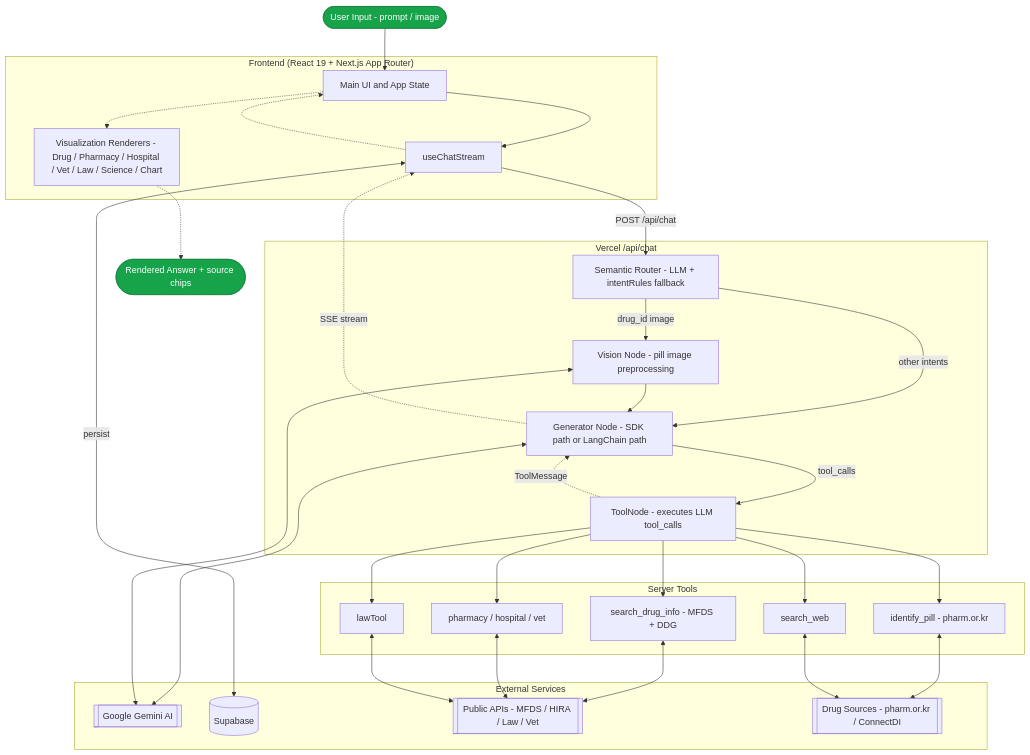
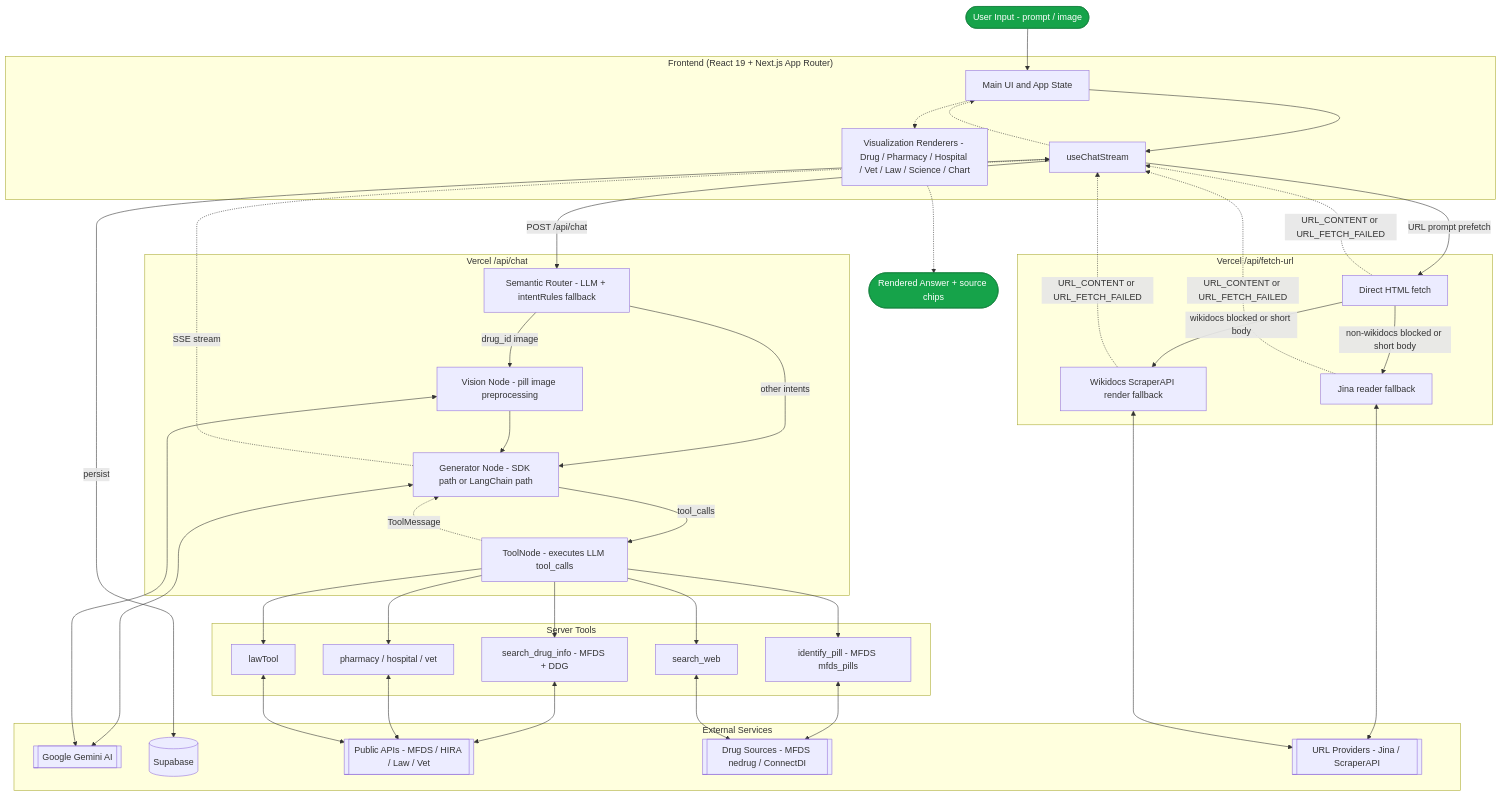
Before and after one commit to jpjp92/chat-agent: the first of 2 diagrams in README.md, drawn with Mermaid. The commit also changed other lines of this file and 4 other files, not shown here.

Commit message:
fix: ScraperAPI fallback timeout 조정 및 문서 업데이트

````diff
--- a/README.md
+++ b/README.md
@@ -87,66 +87,81 @@
 ```mermaid
 flowchart TB
     In([User Input - prompt / image])
 
     subgraph Frontend ["Frontend (React 19 + Next.js App Router)"]
         UI[Main UI and App State]
         Stream[useChatStream]
         Renderers["Visualization Renderers - Drug / Pharmacy / Hospital / Vet / Law / Science / Chart"]
     end
 
+    subgraph URLFetchAPI ["Vercel /api/fetch-url"]
+        DirectFetch["Direct HTML fetch"]
+        JinaFallback["Jina reader fallback"]
+        ScraperFallback["Wikidocs ScraperAPI render fallback"]
+    end
+
     subgraph ChatAPI ["Vercel /api/chat"]
         Router["Semantic Router - LLM + intentRules fallback"]
         Vision["Vision Node - pill image preprocessing"]
         Generator["Generator Node - SDK path or LangChain path"]
         ToolNode["ToolNode - executes LLM tool_calls"]
     end
 
     subgraph Tools ["Server Tools"]
-        DrugLookup["identify_pill - pharm.or.kr"]
+        DrugLookup["identify_pill - MFDS mfds_pills"]
         DrugInfo["search_drug_info - MFDS + DDG"]
         LocationTools["pharmacy / hospital / vet"]
         LawTool["lawTool"]
         WebSearch["search_web"]
     end
 
     subgraph External ["External Services"]
         Gemini[["Google Gemini AI"]]
         Supabase[("Supabase")]
         PublicAPIs[["Public APIs - MFDS / HIRA / Law / Vet"]]
-        DrugSites[["Drug Sources - pharm.or.kr / ConnectDI"]]
+        DrugSites[["Drug Sources - MFDS nedrug / ConnectDI"]]
+        URLProviders[["URL Providers - Jina / ScraperAPI"]]
     end
 
     Out([Rendered Answer + source chips])
 
     %% Request (input) path - solid
     In --> UI
     UI --> Stream
+    Stream -->|URL prompt prefetch| DirectFetch
+    DirectFetch -->|non-wikidocs blocked or short body| JinaFallback
+    DirectFetch -->|wikidocs blocked or short body| ScraperFallback
+    JinaFallback <--> URLProviders
+    ScraperFallback <--> URLProviders
+    DirectFetch -.->|URL_CONTENT or URL_FETCH_FAILED| Stream
+    JinaFallback -.->|URL_CONTENT or URL_FETCH_FAILED| Stream
+    ScraperFallback -.->|URL_CONTENT or URL_FETCH_FAILED| Stream
     Stream -->|POST /api/chat| Router
     Router -->|drug_id image| Vision
     Router -->|other intents| Generator
     Vision --> Generator
     Generator -->|tool_calls| ToolNode
     ToolNode --> DrugLookup
     ToolNode --> DrugInfo
     ToolNode --> LocationTools
     ToolNode --> LawTool
     ToolNode --> WebSearch
     Generator <--> Gemini
     Vision <--> Gemini
     DrugLookup <--> DrugSites
     DrugInfo <--> PublicAPIs
     LocationTools <--> PublicAPIs
     LawTool <--> PublicAPIs
     WebSearch <--> DrugSites
 
     %% Response (output) path - dashed
     ToolNode -.->|ToolMessage| Generator
     Generator -.->|SSE stream| Stream
     Stream -.-> UI
     UI -.-> Renderers
     Renderers -.-> Out
     Stream <-->|persist| Supabase
 
     classDef io fill:#16a34a,stroke:#15803d,color:#fff;
     class In,Out io;
 ```
````
